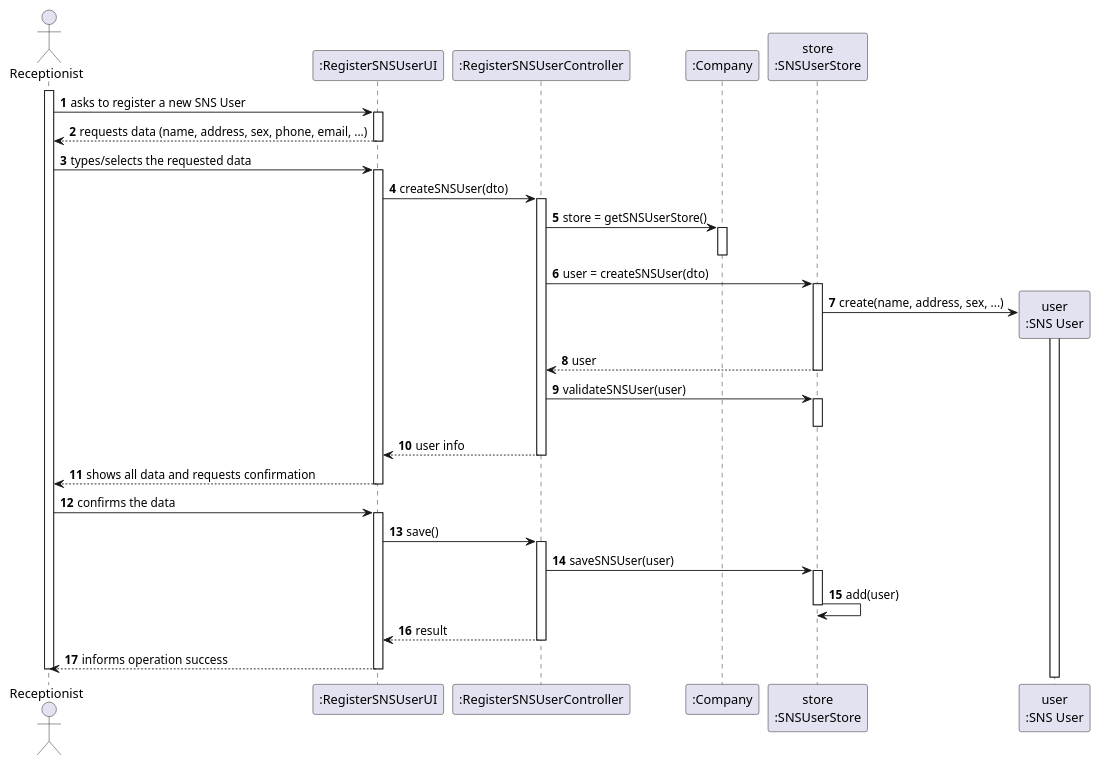
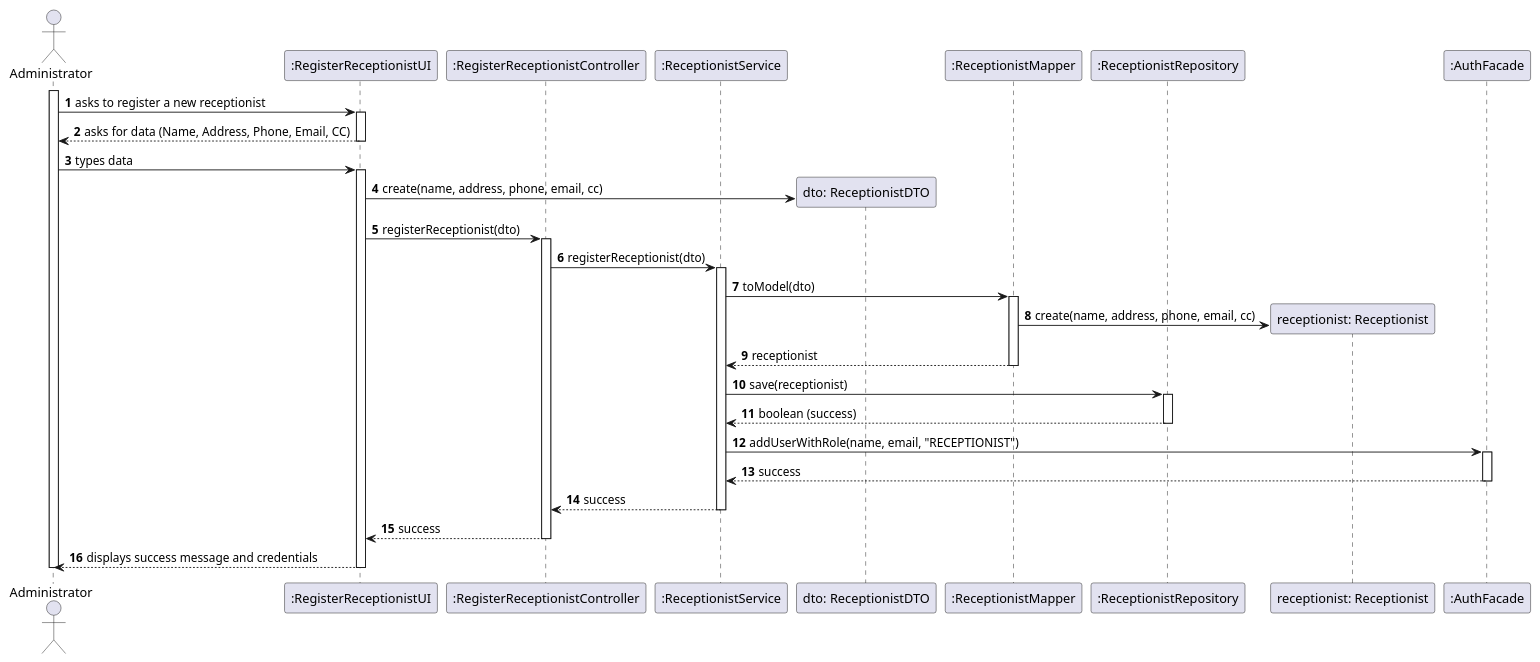
One commit to afonso51111/leti-esoft-25-26-A33 changed the diagram in project-template/docs/sprint3/US20/puml/US20-SD.puml. Above: the diagram before and after it, drawn with PlantUML. The commit also changed 201 other files, not shown here.

```diff
--- a/project-template/docs/sprint3/US20/puml/US20-SD.puml
+++ b/project-template/docs/sprint3/US20/puml/US20-SD.puml
@@ -1,65 +1,62 @@
 @startuml
 autonumber
-actor "Receptionist" as Rec
-participant ":RegisterSNSUserUI" as UI
-participant ":RegisterSNSUserController" as CTRL
-participant ":Company" as CMP
-participant "store\n:SNSUserStore" as STORE
-participant "user\n:SNS User" as USER
 
-activate Rec
-Rec -> UI : asks to register a new SNS User
+actor "Administrator" as Admin
+participant ":RegisterReceptionistUI" as UI
+participant ":RegisterReceptionistController" as CTRL
+participant ":ReceptionistService" as SVC
+participant "dto: ReceptionistDTO" as DTO
+participant ":ReceptionistMapper" as MAPPER
+participant ":ReceptionistRepository" as REPO
+participant "receptionist: Receptionist" as MODEL
+participant ":AuthFacade" as AUTH
+
+activate Admin
+Admin -> UI : asks to register a new receptionist
 activate UI
 
-UI --> Rec : requests data (name, address, sex, phone, email, ...)
+UI --> Admin : asks for data (Name, Address, Phone, Email, CC)
 deactivate UI
 
-Rec -> UI : types/selects the requested data
+Admin -> UI : types data
 activate UI
 
-UI -> CTRL : createSNSUser(dto)
+' UI cria o DTO com os dados inseridos
+UI -> DTO** : create(name, address, phone, email, cc)
+
+UI -> CTRL : registerReceptionist(dto)
 activate CTRL
 
-CTRL -> CMP : store = getSNSUserStore()
-activate CMP
-deactivate CMP
+CTRL -> SVC : registerReceptionist(dto)
+activate SVC
 
-CTRL -> STORE : user = createSNSUser(dto)
-activate STORE
-    create USER
-    STORE -> USER : create(name, address, sex, ...)
-    activate USER
-    deactivate USER
+' 1. O Serviço usa o Mapper para converter DTO em Domínio
+SVC -> MAPPER : toModel(dto)
+activate MAPPER
+MAPPER -> MODEL** : create(name, address, phone, email, cc)
+MAPPER --> SVC : receptionist
+deactivate MAPPER
 
-STORE --> CTRL : user
-deactivate STORE
+' 2. O Serviço guarda o Rececionista no Repositório
+SVC -> REPO : save(receptionist)
+activate REPO
+REPO --> SVC : boolean (success)
+deactivate REPO
 
-CTRL -> STORE : validateSNSUser(user)
-activate STORE
-deactivate STORE
+' 3. O Serviço regista o utilizador no sistema de autenticação (opcional mas comum)
+SVC -> AUTH : addUserWithRole(name, email, "RECEPTIONIST")
+activate AUTH
+AUTH --> SVC : success
+deactivate AUTH
 
-CTRL --> UI : user info
+SVC --> CTRL : success
+deactivate SVC
+
+CTRL --> UI : success
 deactivate CTRL
 
-UI --> Rec : shows all data and requests confirmation
+UI --> Admin : displays success message and credentials
 deactivate UI
 
-Rec -> UI : confirms the data
-activate UI
-
-UI -> CTRL : save()
-activate CTRL
-
-CTRL -> STORE : saveSNSUser(user)
-activate STORE
-    STORE -> STORE : add(user)
-deactivate STORE
-
-CTRL --> UI : result
-deactivate CTRL
-
-UI --> Rec : informs operation success
-deactivate UI
-deactivate Rec
-
+deactivate Admin
 @enduml
```
